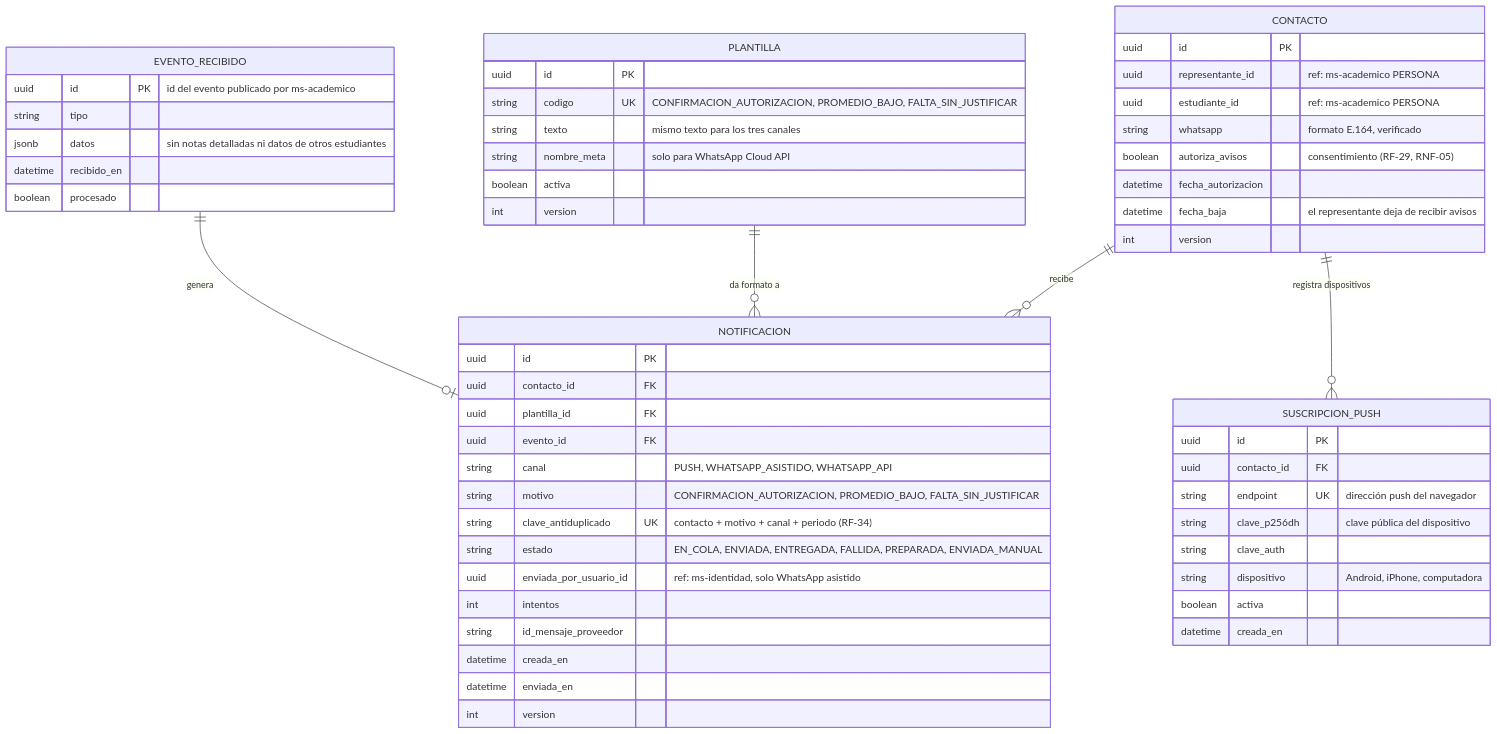
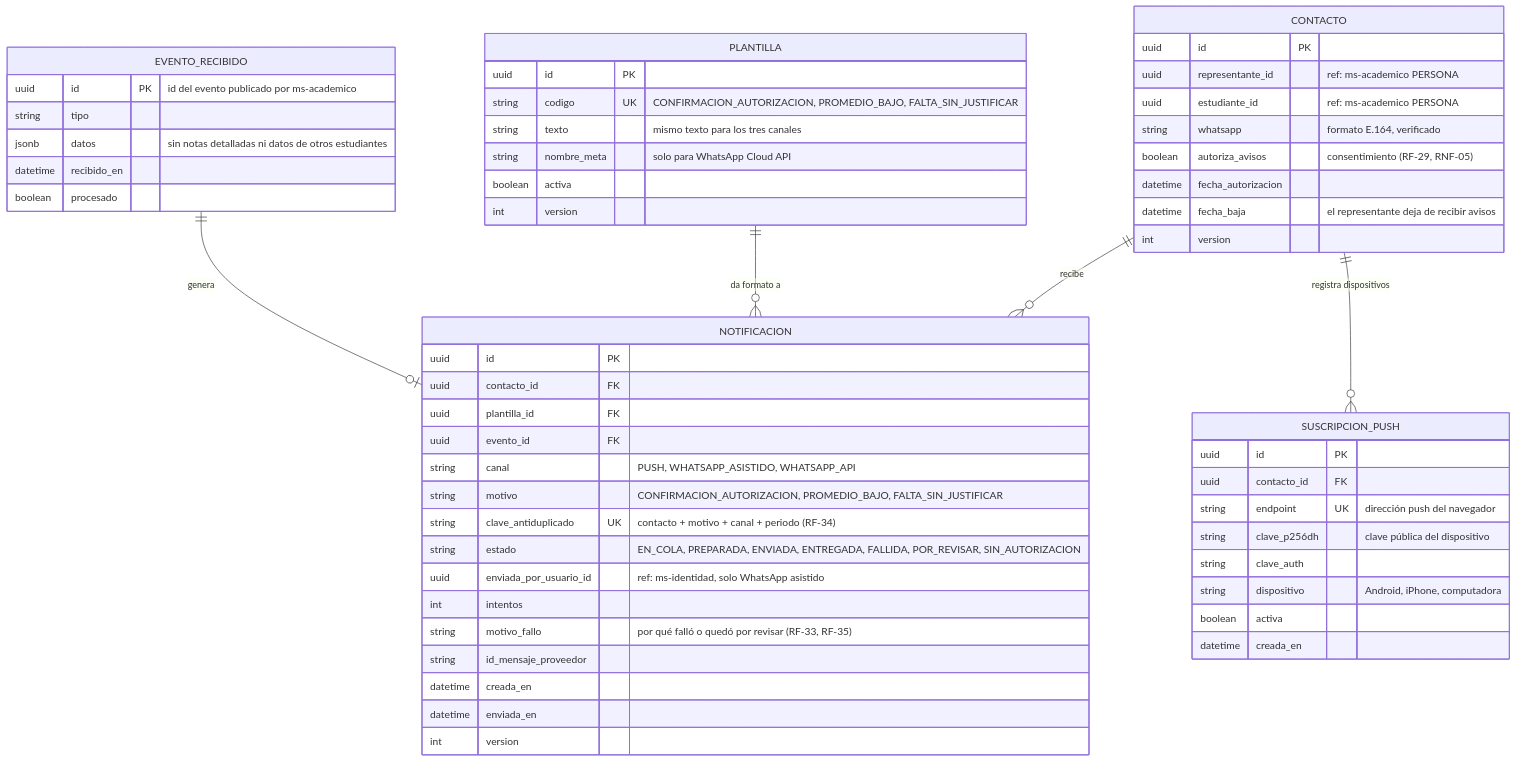
Before and after one commit to SB-Solutions-EC/AulaConecta: the second of 3 diagrams in docs/arquitectura/modelo_datos.md, drawn with Mermaid. The commit also changed other lines of this file and 96 other files, not shown here.

````diff
--- a/docs/arquitectura/modelo_datos.md
+++ b/docs/arquitectura/modelo_datos.md
@@ -205,59 +237,60 @@
 ```mermaid
 erDiagram
     CONTACTO ||--o{ NOTIFICACION : "recibe"
     CONTACTO ||--o{ SUSCRIPCION_PUSH : "registra dispositivos"
     PLANTILLA ||--o{ NOTIFICACION : "da formato a"
     EVENTO_RECIBIDO ||--o| NOTIFICACION : "genera"
 
     CONTACTO {
         uuid id PK
         uuid representante_id "ref: ms-academico PERSONA"
         uuid estudiante_id "ref: ms-academico PERSONA"
         string whatsapp "formato E.164, verificado"
         boolean autoriza_avisos "consentimiento (RF-29, RNF-05)"
         datetime fecha_autorizacion
         datetime fecha_baja "el representante deja de recibir avisos"
         int version
     }
     SUSCRIPCION_PUSH {
         uuid id PK
         uuid contacto_id FK
         string endpoint UK "dirección push del navegador"
         string clave_p256dh "clave pública del dispositivo"
         string clave_auth
         string dispositivo "Android, iPhone, computadora"
         boolean activa
         datetime creada_en
     }
     PLANTILLA {
         uuid id PK
         string codigo UK "CONFIRMACION_AUTORIZACION, PROMEDIO_BAJO, FALTA_SIN_JUSTIFICAR"
         string texto "mismo texto para los tres canales"
         string nombre_meta "solo para WhatsApp Cloud API"
         boolean activa
         int version
     }
     EVENTO_RECIBIDO {
         uuid id PK "id del evento publicado por ms-academico"
         string tipo
         jsonb datos "sin notas detalladas ni datos de otros estudiantes"
         datetime recibido_en
         boolean procesado
     }
     NOTIFICACION {
         uuid id PK
         uuid contacto_id FK
         uuid plantilla_id FK
         uuid evento_id FK
         string canal "PUSH, WHATSAPP_ASISTIDO, WHATSAPP_API"
         string motivo "CONFIRMACION_AUTORIZACION, PROMEDIO_BAJO, FALTA_SIN_JUSTIFICAR"
         string clave_antiduplicado UK "contacto + motivo + canal + periodo (RF-34)"
-        string estado "EN_COLA, ENVIADA, ENTREGADA, FALLIDA, PREPARADA, ENVIADA_MANUAL"
+        string estado "EN_COLA, PREPARADA, ENVIADA, ENTREGADA, FALLIDA, POR_REVISAR, SIN_AUTORIZACION"
         uuid enviada_por_usuario_id "ref: ms-identidad, solo WhatsApp asistido"
         int intentos
+        string motivo_fallo "por qué falló o quedó por revisar (RF-33, RF-35)"
         string id_mensaje_proveedor
         datetime creada_en
         datetime enviada_en
         int version
     }
 ```
````
